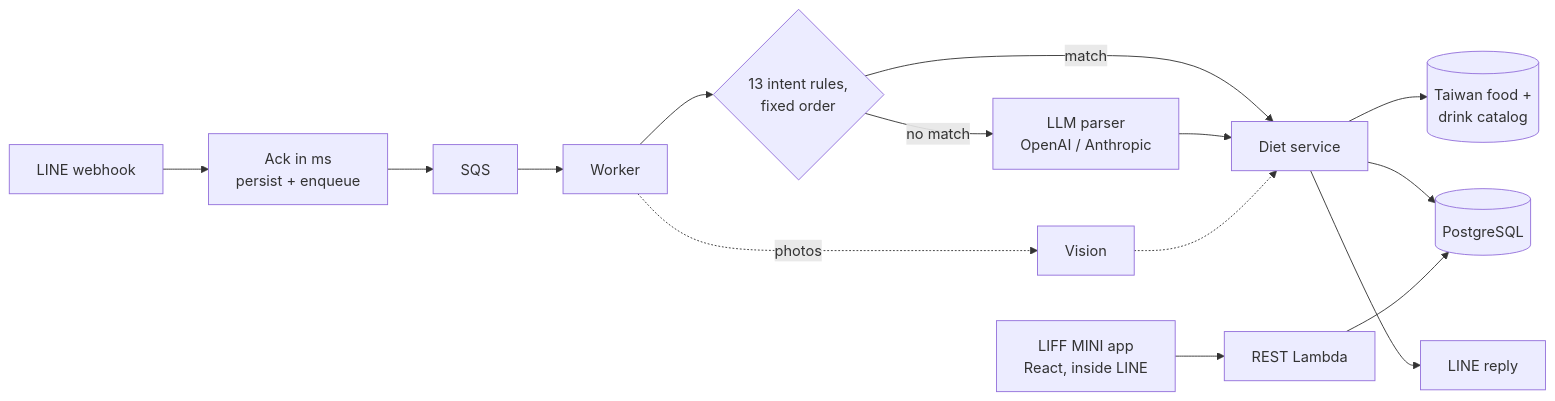
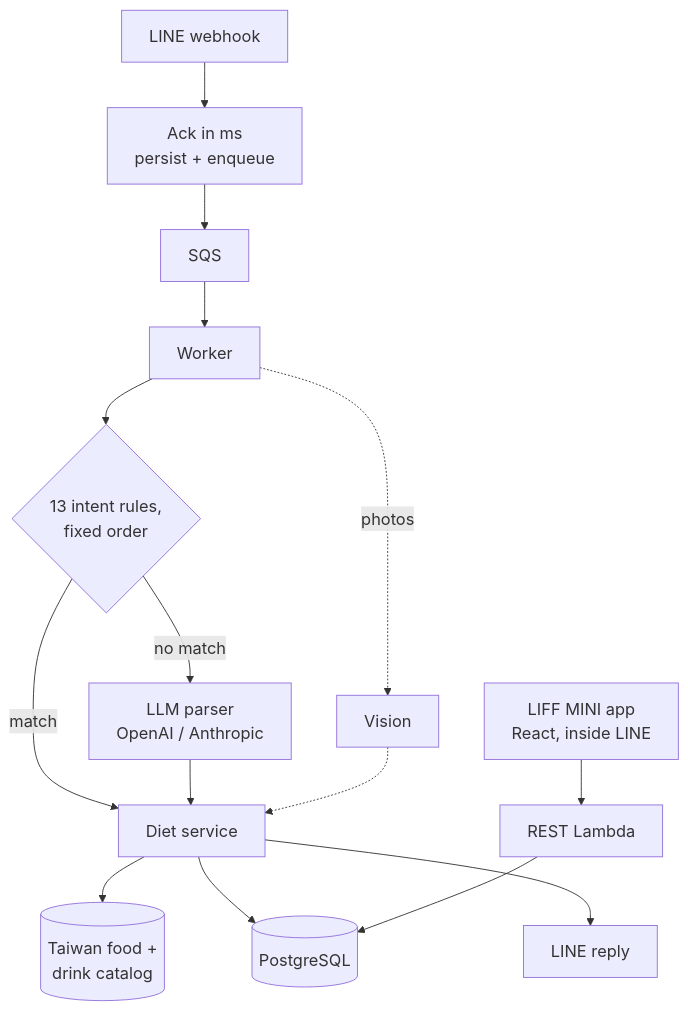
Before and after one commit to jeffery12697/fitneko-case-study: the diagram in README.md, drawn with Mermaid.

Commit message:
README: vertical diagram + larger font so GitHub doesn't scale the text down

````diff
--- a/README.md
+++ b/README.md
@@ -28,12 +28,13 @@
 ```mermaid
-flowchart LR
+%%{init: {"themeVariables": {"fontSize": "18px"}}}%%
+flowchart TD
     LINE[LINE webhook] --> WH[Ack in ms<br/>persist + enqueue] --> Q[SQS] --> W[Worker]
     W --> RP{13 intent rules,<br/>fixed order}
     RP -->|match| SVC[Diet service]
     RP -->|no match| LLM[LLM parser<br/>OpenAI / Anthropic] --> SVC
     W -.->|photos| VIS[Vision] -.-> SVC
     SVC --> CAT[(Taiwan food +<br/>drink catalog)]
     SVC --> PG[(PostgreSQL)]
     SVC --> REPLY[LINE reply]
     LIFF[LIFF MINI app<br/>React, inside LINE] --> API[REST Lambda] --> PG
 ```
````
